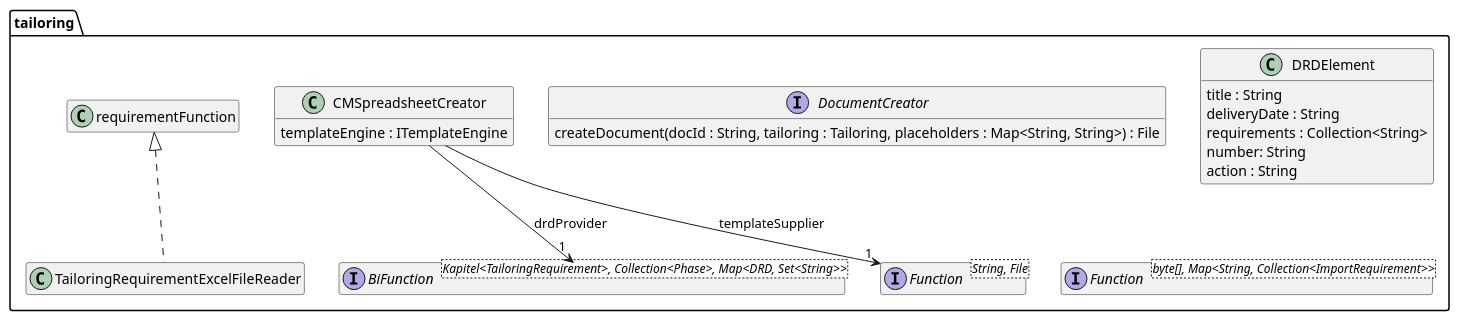
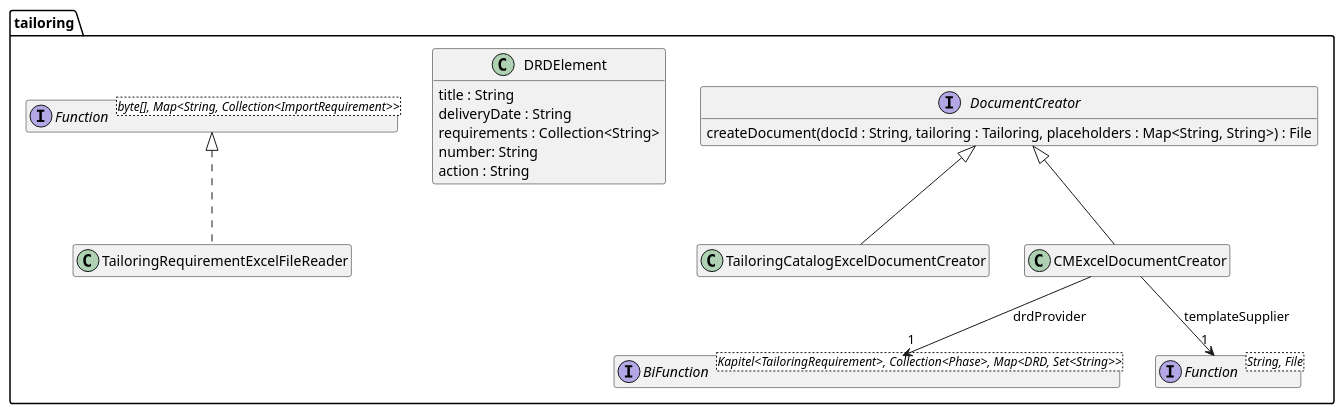
One commit to tailoringexpert/platform changed the diagram in src/site/arc42/plantuml/poi/tailoring/Ebene3.plantuml. Above: the diagram before and after it, drawn with PlantUML. The commit also changed 81 other files, not shown here.

```diff
--- a/src/site/arc42/plantuml/poi/tailoring/Ebene3.plantuml
+++ b/src/site/arc42/plantuml/poi/tailoring/Ebene3.plantuml
@@ -1,37 +1,41 @@
 @startuml Ebene3.png
 hide empty members
 
 package tailoring {
 
     interface DocumentCreator {
         createDocument(docId : String, tailoring : Tailoring, placeholders : Map<String, String>) : File
     }
 
     interface "BiFunction<Kapitel<TailoringRequirement>, Collection<Phase>, Map<DRD, Set<String>>>" as drdSupplier {
     }
 
     interface "Function<String, File>" as templateSupplier {
     }
 
-    class CMSpreadsheetCreator {
-        templateEngine : ITemplateEngine
+    class TailoringCatalogExcelDocumentCreator {
     }
-    CMSpreadsheetCreator --> "1" templateSupplier : templateSupplier
-    CMSpreadsheetCreator --> "1" drdSupplier : drdProvider
+    DocumentCreator <|-- TailoringCatalogExcelDocumentCreator
+
+    class CMExcelDocumentCreator {
+    }
+    DocumentCreator <|-- CMExcelDocumentCreator
+    CMExcelDocumentCreator --> "1" templateSupplier : templateSupplier
+    CMExcelDocumentCreator --> "1" drdSupplier : drdProvider
 
     class DRDElement {
         title : String
         deliveryDate : String
         requirements : Collection<String>
         number: String
         action : String
     }
 
-    interface "Function<byte[], Map<String, Collection<ImportRequirement>>>" as requirmentFunction {
+    interface "Function<byte[], Map<String, Collection<ImportRequirement>>>" as requirementFunction {
     }
 
     class TailoringRequirementExcelFileReader {
     }
     requirementFunction <|.. TailoringRequirementExcelFileReader
 }
 @enduml
```
